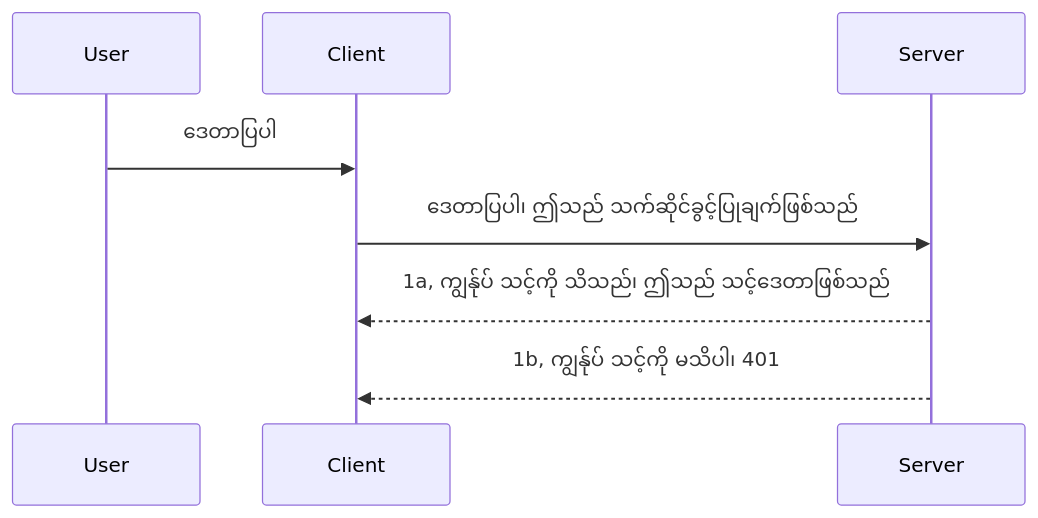
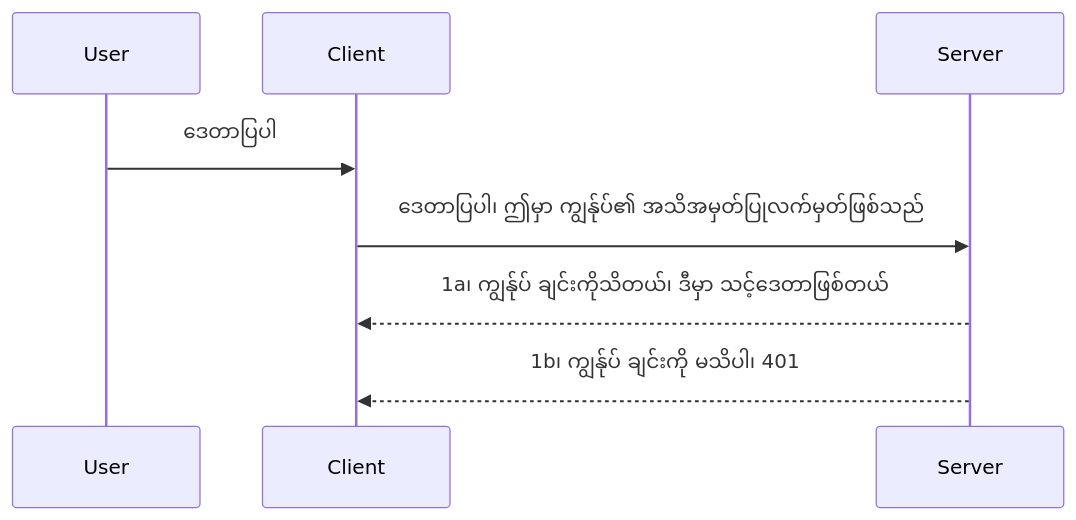
One commit to HIDORAKAI002/ai-workspace-archive changed the diagram in mcp_ecosystem__model_context_protocol/mcp_learning_resources/mcp-for-beginners/translations/my/03-GettingStarted/11-simple-auth/README.md. Above: the diagram before and after it, drawn with Mermaid. The commit also changed other lines of this file and 1046 other files, not shown here.

````diff
--- a/mcp_ecosystem__model_context_protocol/mcp_learning_resources/mcp-for-beginners/translations/my/03-GettingStarted/11-simple-auth/README.md
+++ b/mcp_ecosystem__model_context_protocol/mcp_learning_resources/mcp-for-beginners/translations/my/03-GettingStarted/11-simple-auth/README.md
@@ -24,11 +24,11 @@
 ```mermaid
 sequenceDiagram
    participant User
    participant Client
    participant Server
 
    User->>Client: ဒေတာပြပါ
-   Client->>Server: ဒေတာပြပါ၊ ဤသည် သက်ဆိုင်ခွင့်ပြုချက်ဖြစ်သည်
-   Server-->>Client: 1a, ကျွန်ုပ် သင့်ကို သိသည်၊ ဤသည် သင့်ဒေတာဖြစ်သည်
-   Server-->>Client: 1b, ကျွန်ုပ် သင့်ကို မသိပါ၊ 401 
+   Client->>Server: ဒေတာပြပါ၊ ဤမှာ ကျွန်ုပ်၏ အသိအမှတ်ပြုလက်မှတ်ဖြစ်သည်
+   Server-->>Client: 1a၊ ကျွန်ုပ် ချင်းကိုသိတယ်၊ ဒီမှာ သင့်ဒေတာဖြစ်တယ်
+   Server-->>Client: 1b၊ ကျွန်ုပ် ချင်းကို မသိပါ၊ 401 
 ```
````
